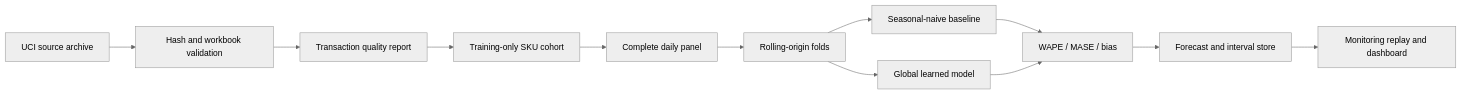
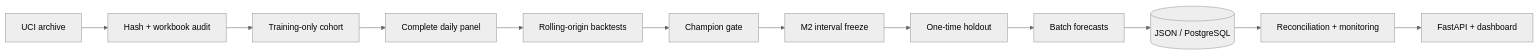
One commit to xSkyLiN3/retail-demand-forecasting changed the diagram in README.md. Above: the diagram before and after it, drawn with Mermaid (neutral theme). The commit also changed other lines of this file and 17 other files, not shown here.

````diff
--- a/README.md
+++ b/README.md
@@ -65,14 +55,14 @@
 ```mermaid
 flowchart LR
-    A[UCI source archive] --> B[Hash and workbook validation]
-    B --> C[Transaction quality report]
-    C --> D[Training-only SKU cohort]
-    D --> E[Complete daily panel]
-    E --> F[Rolling-origin folds]
-    F --> G[Seasonal-naive baseline]
-    F --> H[Global learned model]
-    G --> I[WAPE / MASE / bias]
-    H --> I
-    I --> J[Forecast and interval store]
-    J --> K[Monitoring replay and dashboard]
+    A[UCI archive] --> B[Hash + workbook audit]
+    B --> C[Training-only cohort]
+    C --> D[Complete daily panel]
+    D --> E[Rolling-origin backtests]
+    E --> F[Champion gate]
+    F --> G[M2 interval freeze]
+    G --> H[One-time holdout]
+    H --> I[Batch forecasts]
+    I --> J[(JSON / PostgreSQL)]
+    J --> K[Reconciliation + monitoring]
+    K --> L[FastAPI + dashboard]
 ```
````
